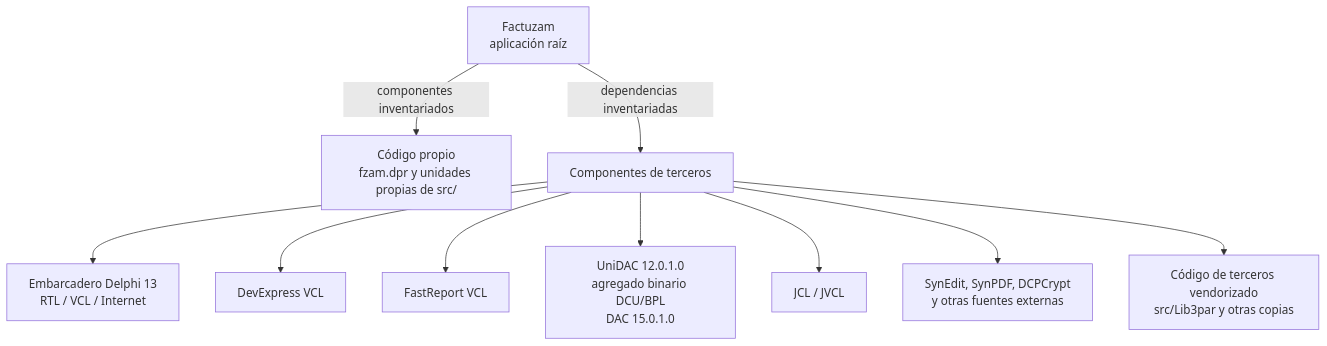
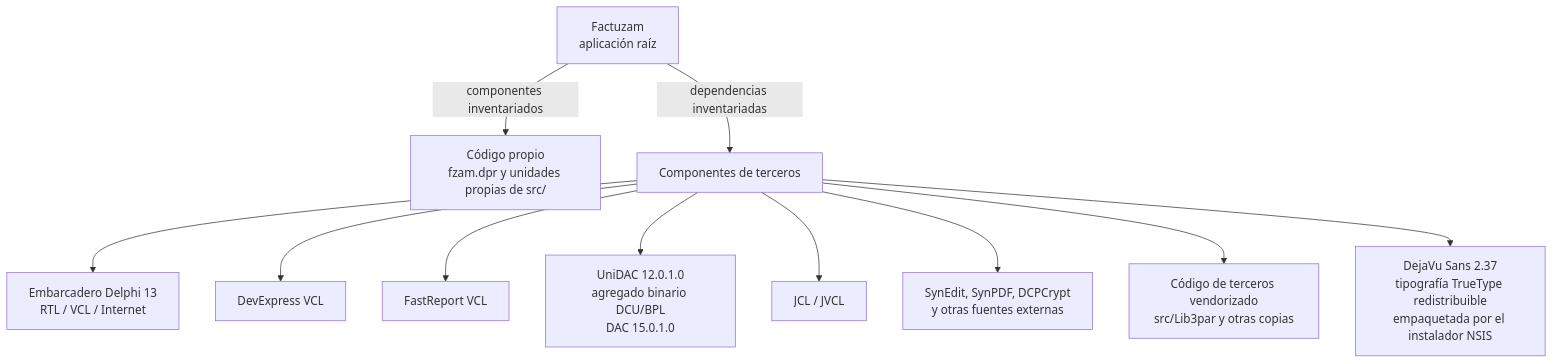
One commit to alexdelphiAthn/Factuzam changed the diagram in sbom/GRAFO_COMPONENTES.md. Above: the diagram before and after it, drawn with Mermaid. The commit also changed other lines of this file and 234 other files, not shown here.

```diff
--- a/sbom/GRAFO_COMPONENTES.md
+++ b/sbom/GRAFO_COMPONENTES.md
@@ -7,13 +7,14 @@
 ~~~mermaid
 flowchart TD
   F["Factuzam<br/>aplicación raíz"]
   F -->|componentes inventariados| P["Código propio<br/>fzam.dpr y unidades propias de src/"]
   F -->|dependencias inventariadas| T["Componentes de terceros"]
   T --> D["Embarcadero Delphi 13<br/>RTL / VCL / Internet"]
   T --> X["DevExpress VCL"]
   T --> R["FastReport VCL"]
   T --> U["UniDAC 12.0.1.0<br/>agregado binario DCU/BPL<br/>DAC 15.0.1.0"]
   T --> J["JCL / JVCL"]
   T --> O["SynEdit, SynPDF, DCPCrypt<br/>y otras fuentes externas"]
   T --> V["Código de terceros vendorizado<br/>src/Lib3par y otras copias"]
+  T --> N["DejaVu Sans 2.37<br/>tipografía TrueType redistribuible<br/>empaquetada por el instalador NSIS"]
 ~~~
```
